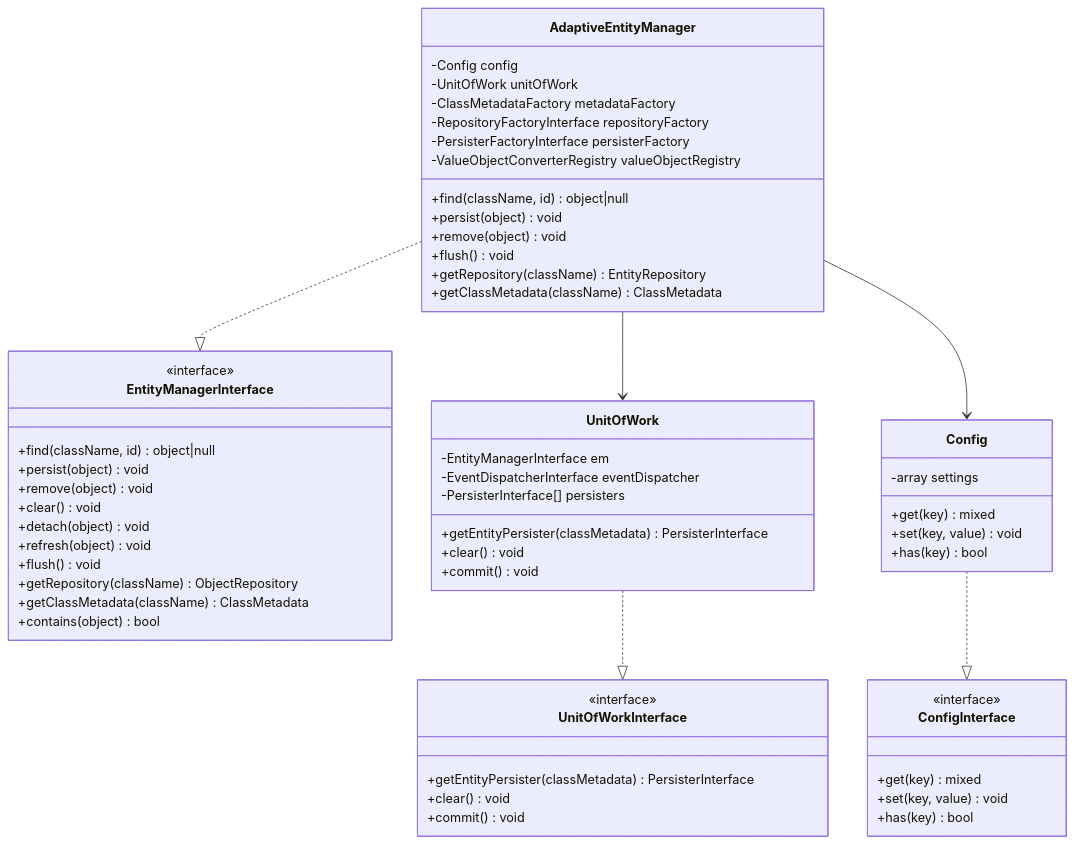
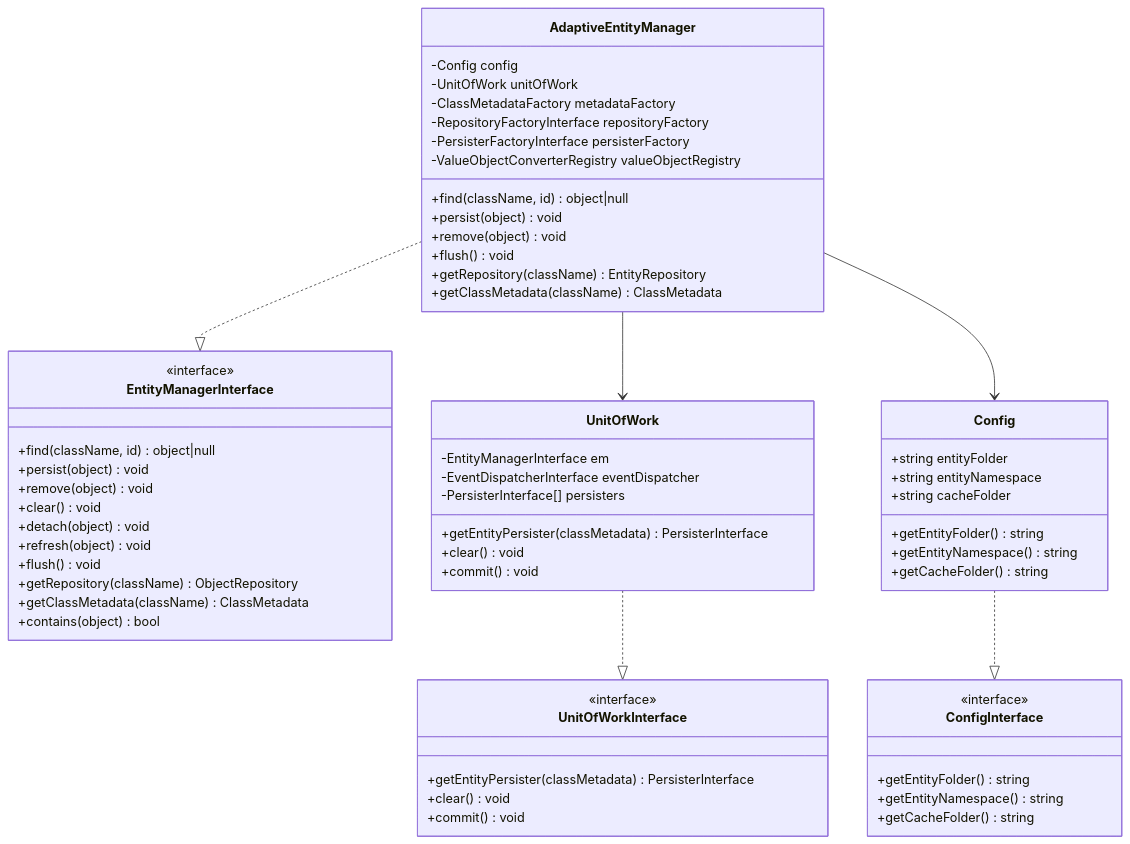
The first of 10 diagrams in docs/CLASS_DIAGRAMS.md (kabiroman/adaptive-entity-manager), drawn with Mermaid before and after one commit. The commit also changed other lines of this file and 6 other files, not shown here.

Commit message:
docs: align diagrams and links with codebase

````diff
--- a/docs/CLASS_DIAGRAMS.md
+++ b/docs/CLASS_DIAGRAMS.md
@@ -7,67 +7,69 @@
 ```mermaid
 classDiagram
     class AdaptiveEntityManager {
         -Config config
         -UnitOfWork unitOfWork
         -ClassMetadataFactory metadataFactory
         -RepositoryFactoryInterface repositoryFactory
         -PersisterFactoryInterface persisterFactory
         -ValueObjectConverterRegistry valueObjectRegistry
         +find(className, id) object|null
         +persist(object) void
         +remove(object) void
         +flush() void
         +getRepository(className) EntityRepository
         +getClassMetadata(className) ClassMetadata
     }
     
     class EntityManagerInterface {
         <<interface>>
         +find(className, id) object|null
         +persist(object) void
         +remove(object) void
         +clear() void
         +detach(object) void
         +refresh(object) void
         +flush() void
         +getRepository(className) ObjectRepository
         +getClassMetadata(className) ClassMetadata
         +contains(object) bool
     }
     
     class UnitOfWork {
         -EntityManagerInterface em
         -EventDispatcherInterface eventDispatcher
         -PersisterInterface[] persisters
         +getEntityPersister(classMetadata) PersisterInterface
         +clear() void
         +commit() void
     }
     
     class UnitOfWorkInterface {
         <<interface>>
         +getEntityPersister(classMetadata) PersisterInterface
         +clear() void
         +commit() void
     }
     
     class Config {
-        -array settings
-        +get(key) mixed
-        +set(key, value) void
-        +has(key) bool
+        +string entityFolder
+        +string entityNamespace
+        +string cacheFolder
+        +getEntityFolder() string
+        +getEntityNamespace() string
+        +getCacheFolder() string
     }
-    
+
     class ConfigInterface {
         <<interface>>
-        +get(key) mixed
-        +set(key, value) void
-        +has(key) bool
+        +getEntityFolder() string
+        +getEntityNamespace() string
+        +getCacheFolder() string
     }
     
     AdaptiveEntityManager ..|> EntityManagerInterface
     AdaptiveEntityManager --> UnitOfWork
     AdaptiveEntityManager --> Config
     UnitOfWork ..|> UnitOfWorkInterface
     Config ..|> ConfigInterface
 ```
````
